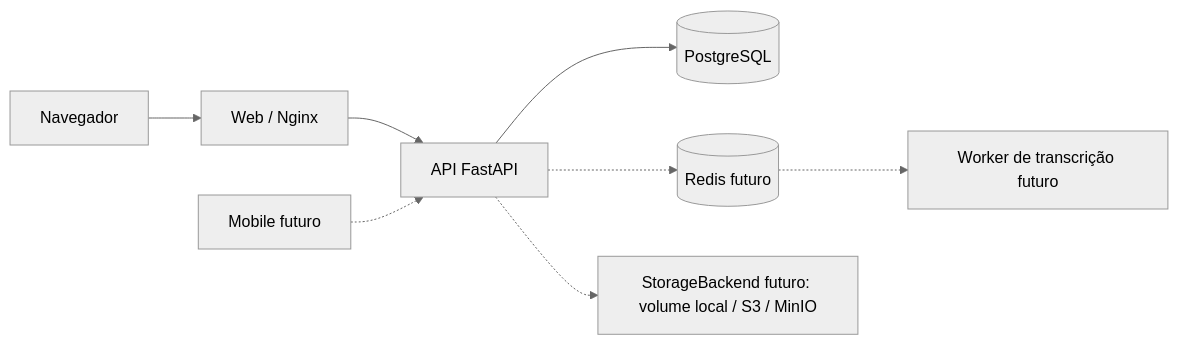
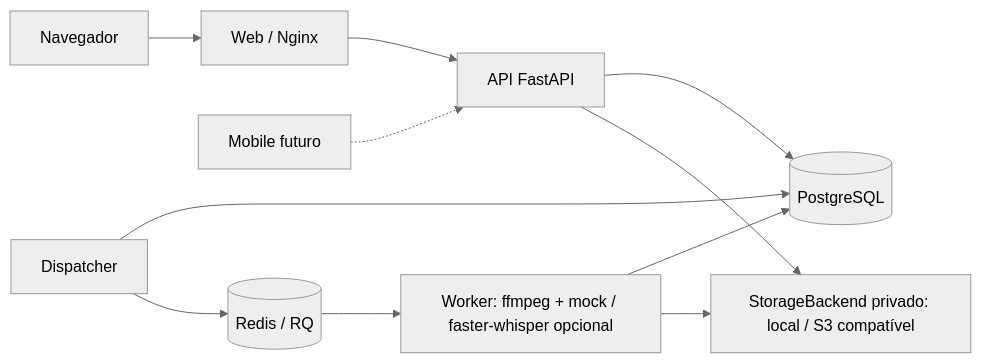
The diagram in ARQUITETURA.md (matheusenalt/SolDesk), drawn with Mermaid (neutral theme) before and after one commit. The commit also changed other lines of this file and 55 other files, not shown here.

````diff
--- a/ARQUITETURA.md
+++ b/ARQUITETURA.md
@@ -7,10 +7,13 @@
 ```mermaid
 flowchart LR
   N[Navegador] --> W[Web / Nginx]
   W --> A[API FastAPI]
   A --> P[(PostgreSQL)]
   M[Mobile futuro] -.-> A
-  A -.-> R[(Redis futuro)]
-  R -.-> T[Worker de transcrição futuro]
-  A -.-> S[StorageBackend futuro: volume local / S3 / MinIO]
+  A --> S[StorageBackend privado: local / S3 compatível]
+  D[Dispatcher] --> P
+  D --> R[(Redis / RQ)]
+  R --> T[Worker: ffmpeg + mock / faster-whisper opcional]
+  T --> P
+  T --> S
 ```
````
